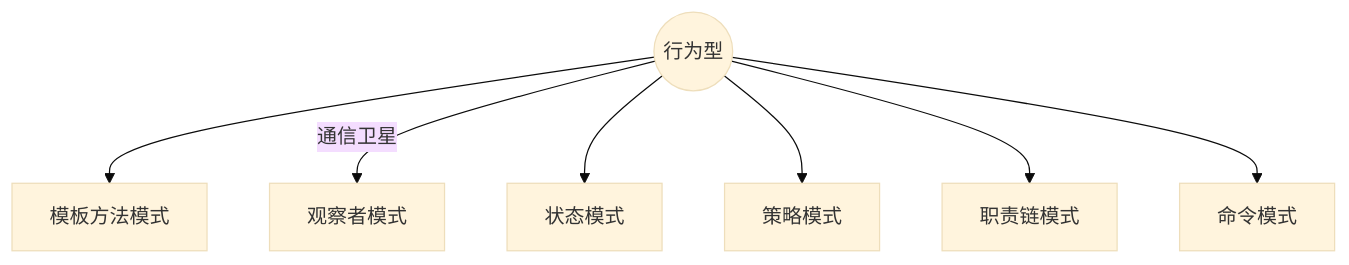
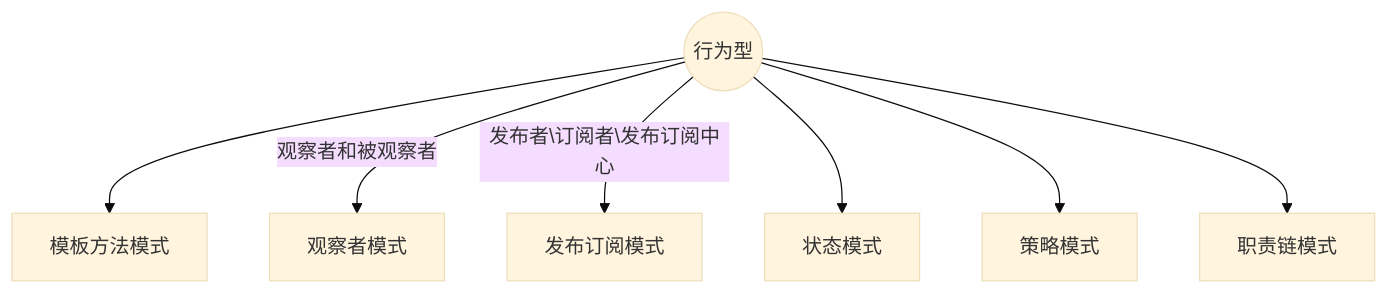
One commit to kangduu/Javascript-Design-Pattern changed the third of 6 diagrams in README.md. Above: the diagram before and after it, drawn with Mermaid (base theme). The commit also changed other lines of this file, not shown here.

````diff
--- a/README.md
+++ b/README.md
@@ -31,10 +31,10 @@
 ```mermaid
 graph TB
 C((行为型))
-	C --> c1[模板方法模式]
-	C -- 通信卫星 --> c2[观察者模式]
+	C --> c0[模板方法模式]
+	C -- 观察者和被观察者 --> c1[观察者模式]
+	C -->|发布者\订阅者\发布订阅中心| c2[发布订阅模式]
 	C --> c3[状态模式]
 	C --> c4[策略模式]
 	C --> c5[职责链模式]
-	C --> c6[命令模式]
 ```
````
